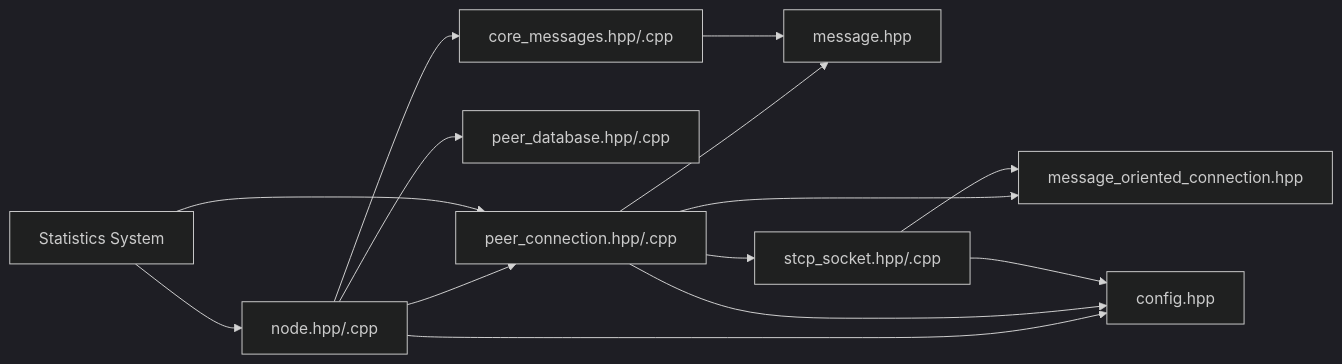
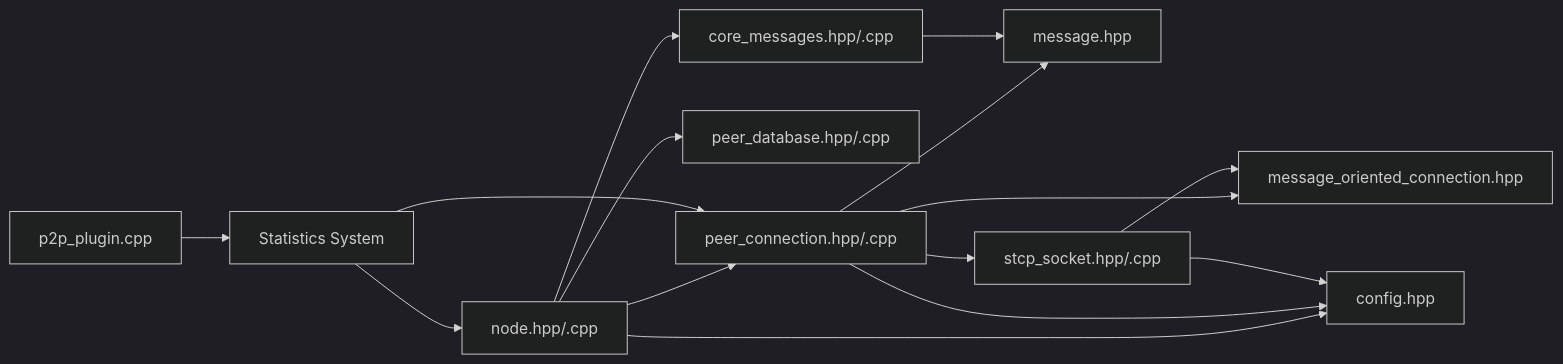
One commit to VIZ-Blockchain/viz-cpp-node changed diagram 12 of 12 in .qoder/repowiki/en/content/Architecture Overview/Core Libraries/Network Library/Network Library.md. Above: the diagram before and after it, drawn with Mermaid (dark theme). The commit also changed other lines of this file and 6 other files, not shown here.

````diff
--- a/.qoder/repowiki/en/content/Architecture Overview/Core Libraries/Network Library/Network Library.md
+++ b/.qoder/repowiki/en/content/Architecture Overview/Core Libraries/Network Library/Network Library.md
@@ -518,16 +593,17 @@
 ```mermaid
 graph LR
 Node["node.hpp/.cpp"] --> PeerConn["peer_connection.hpp/.cpp"]
 Node --> PeerDB["peer_database.hpp/.cpp"]
 Node --> CoreMsg["core_messages.hpp/.cpp"]
 PeerConn --> Msg["message.hpp"]
 PeerConn --> MOC["message_oriented_connection.hpp"]
 PeerConn --> STCP["stcp_socket.hpp/.cpp"]
 CoreMsg --> Msg
 STCP --> MOC
 Node --> Cfg["config.hpp"]
 PeerConn --> Cfg
 STCP --> Cfg
 Stats["Statistics System"] --> Node
 Stats --> PeerConn
+P2P["p2p_plugin.cpp"] --> Stats
 ```
````
